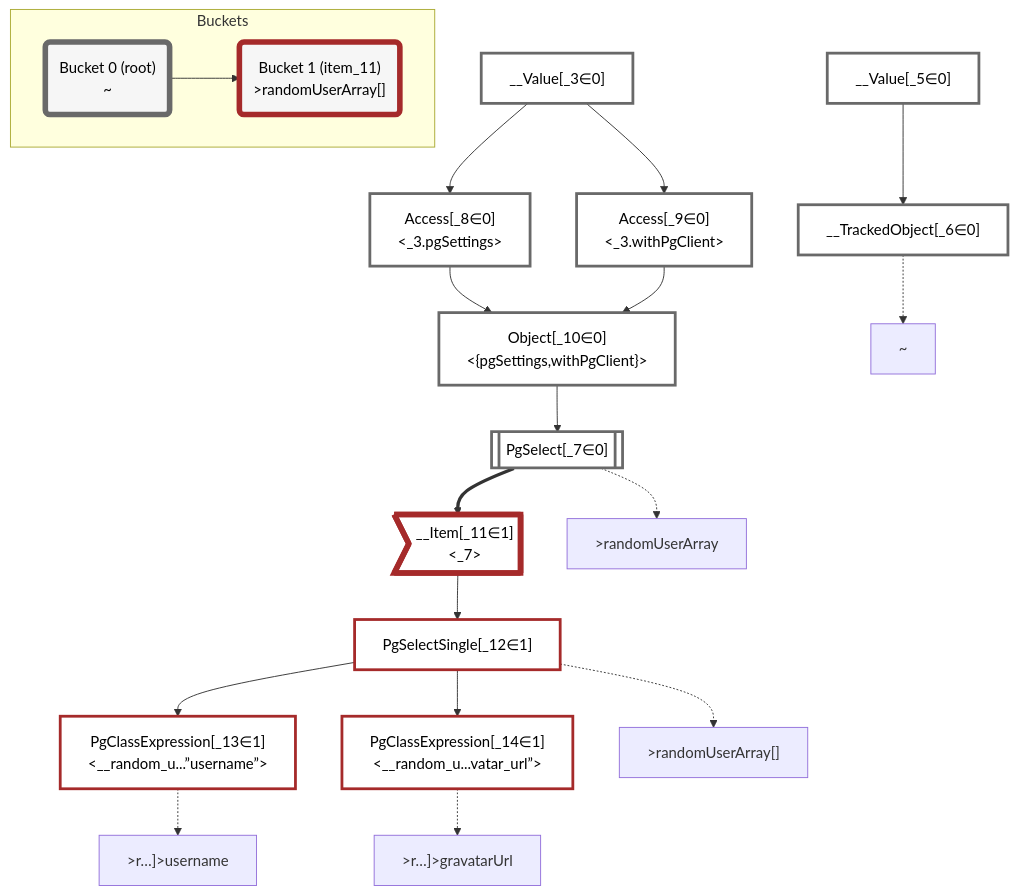
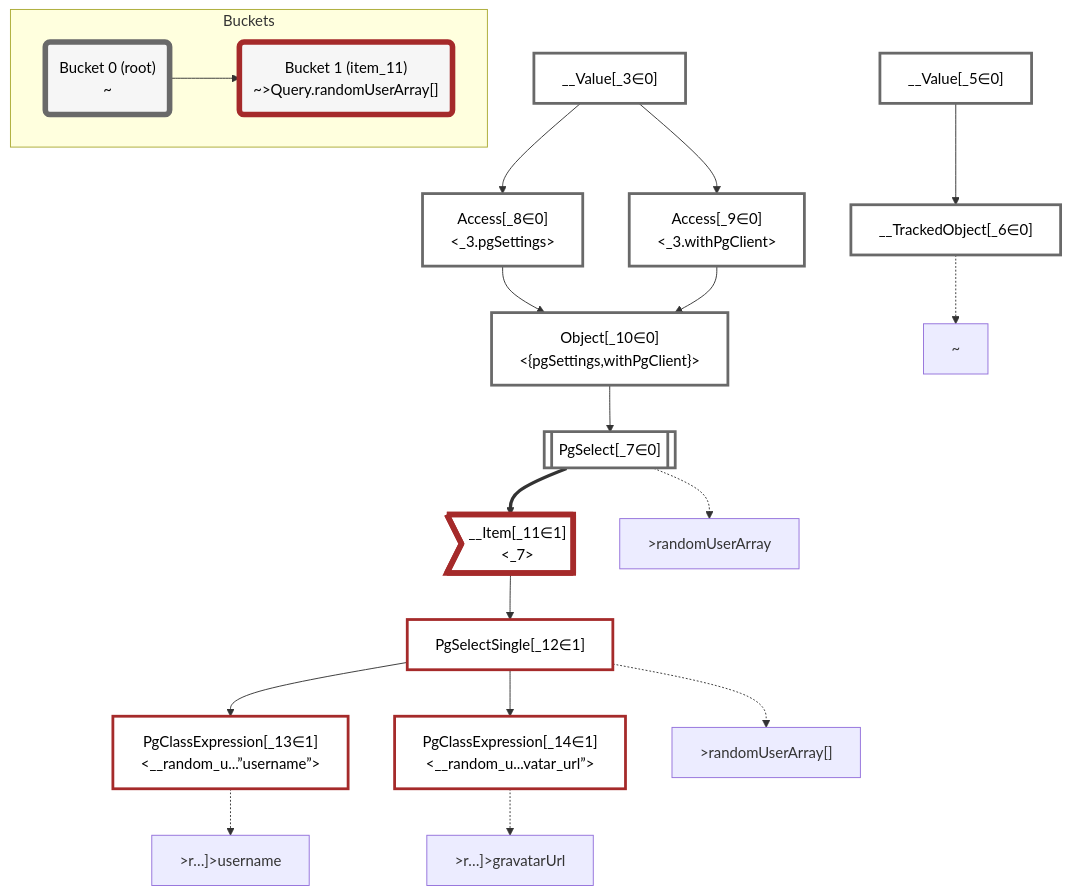
The diagram in packages/dataplan-pg/__tests__/queries/functions/custom-query-random-user-array.deopt.mermaid.md (graphile/crystal), drawn with Mermaid before and after one commit. The commit also changed 141 other files, not shown here.

````diff
--- a/packages/dataplan-pg/__tests__/queries/functions/custom-query-random-user-array.deopt.mermaid.md
+++ b/packages/dataplan-pg/__tests__/queries/functions/custom-query-random-user-array.deopt.mermaid.md
@@ -1,60 +1,60 @@
 ```mermaid
 graph TD
     classDef path fill:#eee,stroke:#000,color:#000
     classDef plan fill:#fff,stroke-width:3px,color:#000
     classDef itemplan fill:#fff,stroke-width:6px,color:#000
     classDef sideeffectplan fill:#f00,stroke-width:6px,color:#000
     classDef bucket fill:#f6f6f6,color:#000,stroke-width:6px
 
 
     %% define plans
     __Value_3["__Value[_3∈0]<br /><context>"]:::plan
     __Value_5["__Value[_5∈0]<br /><rootValue>"]:::plan
     __TrackedObject_6["__TrackedObject[_6∈0]"]:::plan
     PgSelect_7[["PgSelect[_7∈0]<br /><random_user_array>"]]:::plan
     Access_8["Access[_8∈0]<br /><_3.pgSettings>"]:::plan
     Access_9["Access[_9∈0]<br /><_3.withPgClient>"]:::plan
     Object_10["Object[_10∈0]<br /><{pgSettings,withPgClient}>"]:::plan
     __Item_11>"__Item[_11∈1]<br /><_7>"]:::itemplan
     PgSelectSingle_12["PgSelectSingle[_12∈1]<br /><random_user_array>"]:::plan
     PgClassExpression_13["PgClassExpression[_13∈1]<br /><__random_u...”username”>"]:::plan
     PgClassExpression_14["PgClassExpression[_14∈1]<br /><__random_u...vatar_url”>"]:::plan
 
     %% plan dependencies
     __Value_5 --> __TrackedObject_6
     Object_10 --> PgSelect_7
     __Value_3 --> Access_8
     __Value_3 --> Access_9
     Access_8 --> Object_10
     Access_9 --> Object_10
     PgSelect_7 ==> __Item_11
     __Item_11 --> PgSelectSingle_12
     PgSelectSingle_12 --> PgClassExpression_13
     PgSelectSingle_12 --> PgClassExpression_14
 
     %% plan-to-path relationships
     P1["~"]
     __TrackedObject_6 -.-> P1
     P2[">randomUserArray"]
     PgSelect_7 -.-> P2
     P3[">randomUserArray[]"]
     PgSelectSingle_12 -.-> P3
     P4[">r…]>username"]
     PgClassExpression_13 -.-> P4
     P5[">r…]>gravatarUrl"]
     PgClassExpression_14 -.-> P5
 
     %% allocate buckets
     classDef bucket0 stroke:#696969
     class __Value_3,__Value_5,__TrackedObject_6,PgSelect_7,Access_8,Access_9,Object_10 bucket0
     classDef bucket1 stroke:#a52a2a
     class __Item_11,PgSelectSingle_12,PgClassExpression_13,PgClassExpression_14 bucket1
 
     subgraph Buckets
     Bucket0("Bucket 0 (root)<br />~"):::bucket
     style Bucket0 stroke:#696969
-    Bucket1("Bucket 1 (item_11)<br />>randomUserArray[]"):::bucket
+    Bucket1("Bucket 1 (item_11)<br />~>Query.randomUserArray[]"):::bucket
     style Bucket1 stroke:#a52a2a
     Bucket0 --> Bucket1
     end
 ```
````
